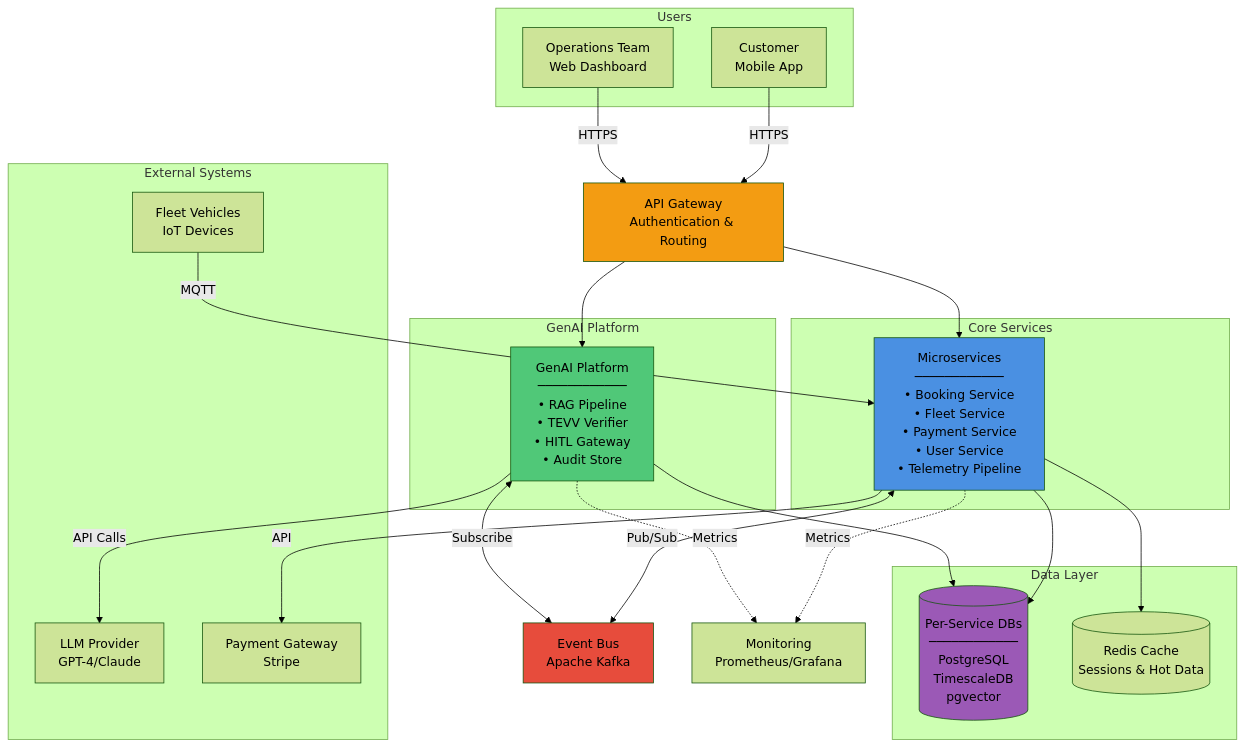
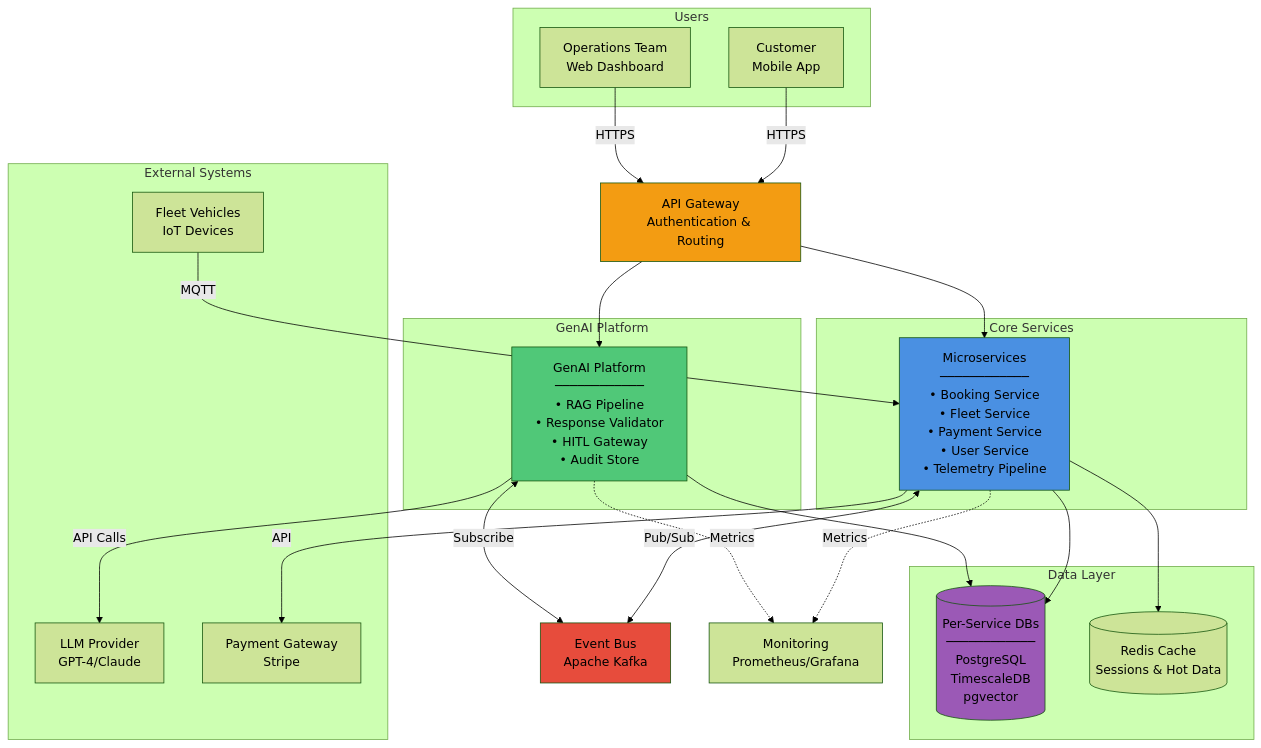
Before and after one commit to vanderleisilva/uncacheable: the diagram in resources/diagrams/container/container-diagram.md, drawn with Mermaid (forest theme). The commit also changed other lines of this file and 6 other files, not shown here.

````diff
--- a/resources/diagrams/container/container-diagram.md
+++ b/resources/diagrams/container/container-diagram.md
@@ -44,57 +44,57 @@
 ```mermaid
 graph TB
     subgraph "Users"
         Customer[Customer<br/>Mobile App]
         OpsTeam[Operations Team<br/>Web Dashboard]
     end
 
     subgraph "External Systems"
         Vehicles[Fleet Vehicles<br/>IoT Devices]
         LLM[LLM Provider<br/>GPT-4/Claude]
         PaymentGW[Payment Gateway<br/>Stripe]
     end
 
     APIGateway[API Gateway<br/>Authentication & Routing]
 
     subgraph "Core Services"
         CoreServices["Microservices<br/>────────────<br/>• Booking Service<br/>• Fleet Service<br/>• Payment Service<br/>• User Service<br/>• Telemetry Pipeline"]
     end
 
     subgraph "GenAI Platform"
-        GenAI["GenAI Platform<br/>────────────<br/>• RAG Pipeline<br/>• TEVV Verifier<br/>• HITL Gateway<br/>• Audit Store"]
+        GenAI["GenAI Platform<br/>────────────<br/>• RAG Pipeline<br/>• Response Validator<br/>• HITL Gateway<br/>• Audit Store"]
     end
 
     EventBus[Event Bus<br/>Apache Kafka]
 
     subgraph "Data Layer"
         Databases[("Per-Service DBs<br/>────────────<br/>PostgreSQL<br/>TimescaleDB<br/>pgvector")]
         Cache[("Redis Cache<br/>Sessions & Hot Data")]
     end
 
     Monitoring[Monitoring<br/>Prometheus/Grafana]
 
     Customer -->|HTTPS| APIGateway
     OpsTeam -->|HTTPS| APIGateway
     Vehicles -->|MQTT| CoreServices
 
     APIGateway --> CoreServices
     APIGateway --> GenAI
 
     CoreServices <-->|Pub/Sub| EventBus
     GenAI <-->|Subscribe| EventBus
     GenAI -->|API Calls| LLM
     CoreServices -->|API| PaymentGW
 
     CoreServices --> Databases
     CoreServices --> Cache
     GenAI --> Databases
 
     CoreServices -.->|Metrics| Monitoring
     GenAI -.->|Metrics| Monitoring
 
     style GenAI fill:#50C878
     style CoreServices fill:#4A90E2
     style Databases fill:#9B59B6
     style APIGateway fill:#F39C12
     style EventBus fill:#E74C3C
 ```
````
